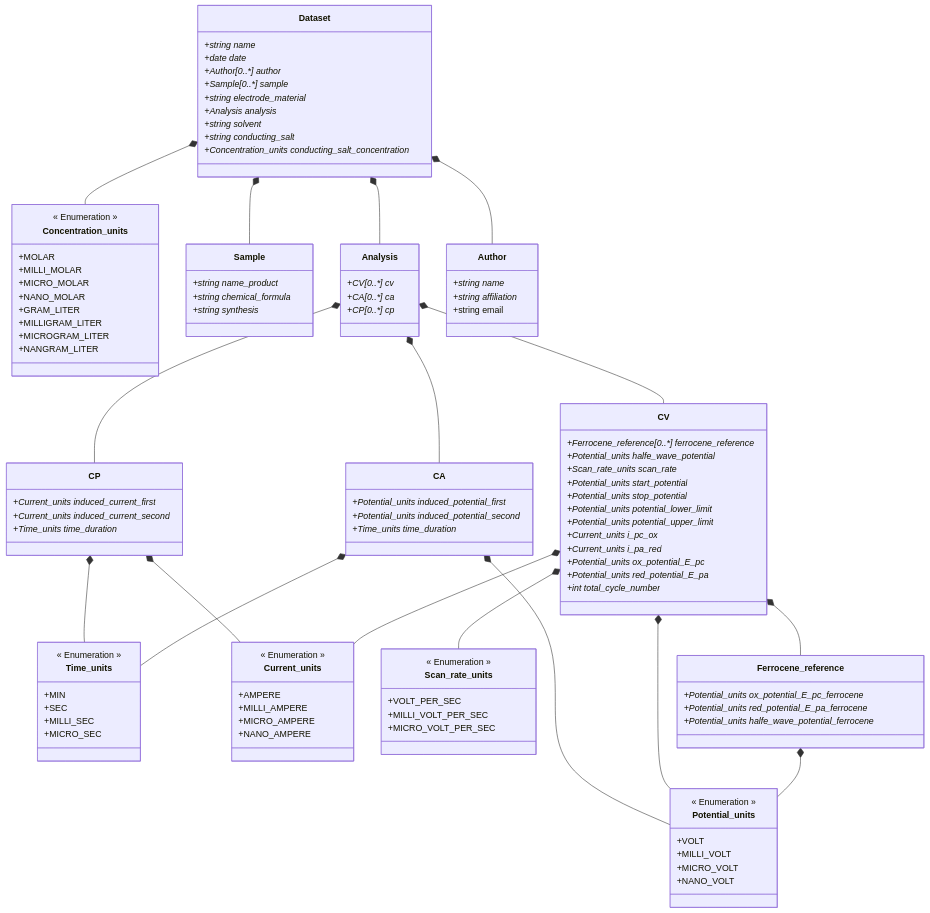
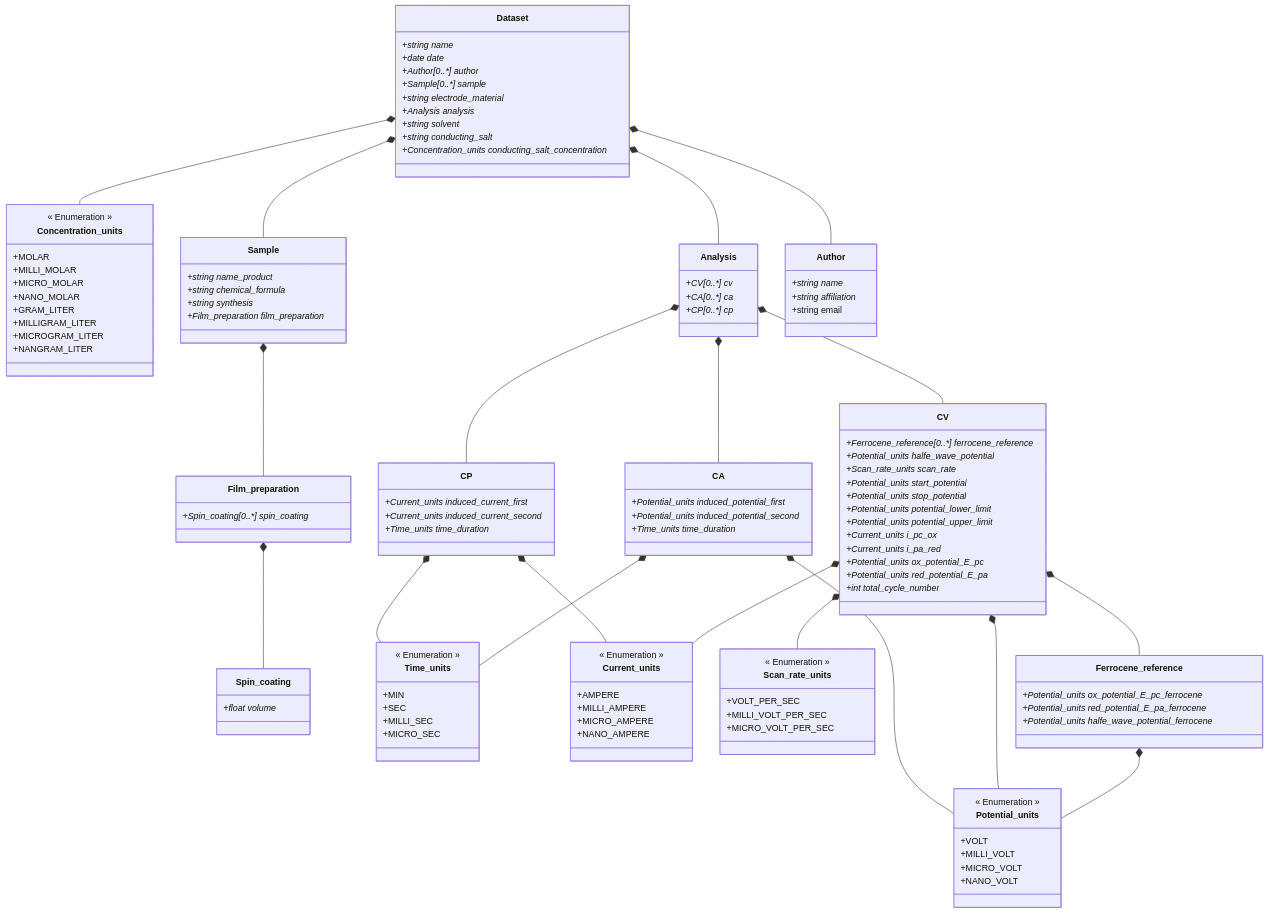
One commit to FAIRChemistry/datamodel-electrochemistry changed the diagram in ElectrochemistryDataModel/schemes/electrochemistrydatamodel_schema.md. Above: the diagram before and after it, drawn with Mermaid. The commit also changed 11 other files, not shown here.

```diff
--- a/ElectrochemistryDataModel/schemes/electrochemistrydatamodel_schema.md
+++ b/ElectrochemistryDataModel/schemes/electrochemistrydatamodel_schema.md
@@ -4,6 +4,8 @@
     Dataset *-- Sample
     Dataset *-- Analysis
     Dataset *-- Author
+    Sample *-- Film_preparation
+    Film_preparation *-- Spin_coating
     Analysis *-- CP
     Analysis *-- CA
     Analysis *-- CV
@@ -33,6 +35,15 @@
         +string name_product*
         +string chemical_formula*
         +string synthesis*
+        +Film_preparation film_preparation*
+    }
+    
+    class Film_preparation {
+        +Spin_coating[0..*] spin_coating*
+    }
+    
+    class Spin_coating {
+        +float volume*
     }
     
     class Analysis {
```
